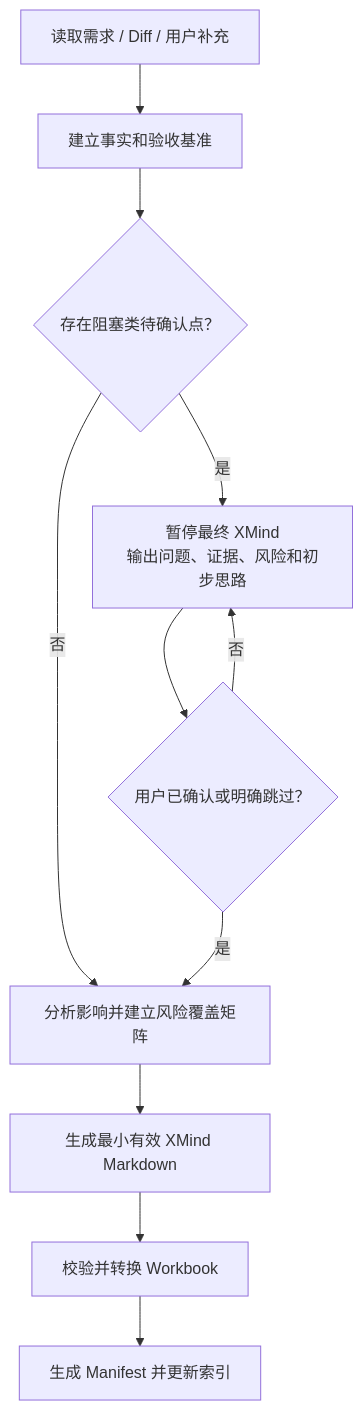
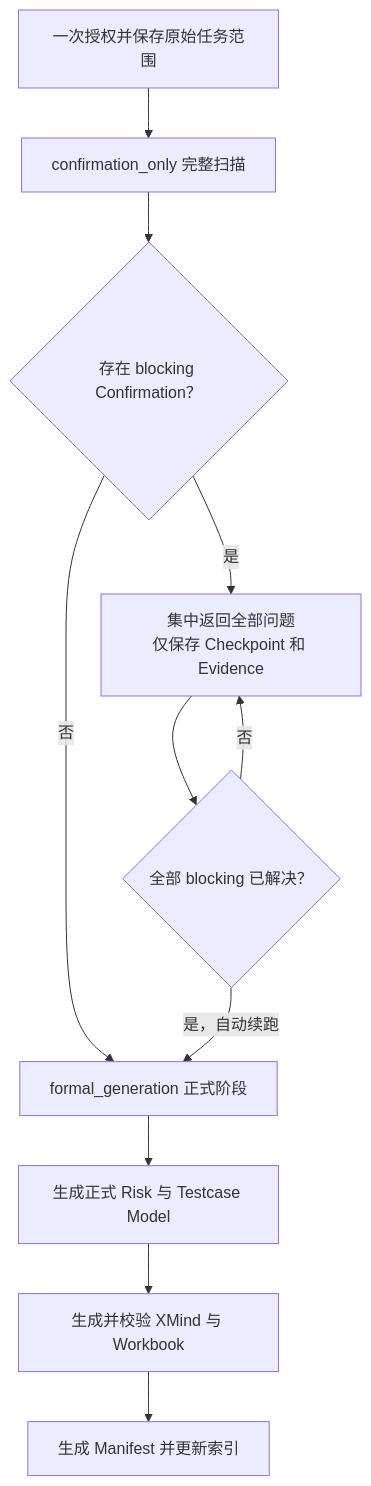
One commit to rainx23/codex-qa-agent-rules changed the second of 2 diagrams in README.md. Above: the diagram before and after it, drawn with Mermaid. The commit also changed other lines of this file and 42 other files, not shown here.

````diff
--- a/README.md
+++ b/README.md
@@ -219,13 +215,13 @@
 ```mermaid
 flowchart TD
-    A["读取需求 / Diff / 用户补充"] --> B["建立事实和验收基准"]
-    B --> C{"存在阻塞类待确认点？"}
-    C -- "是" --> D["暂停最终 XMind<br/>输出问题、证据、风险和初步思路"]
-    C -- "否" --> E["分析影响并建立风险覆盖矩阵"]
-    D --> F{"用户已确认或明确跳过？"}
+    A["一次授权并保存原始任务范围"] --> B["confirmation_only 完整扫描"]
+    B --> C{"存在 blocking Confirmation？"}
+    C -- "是" --> D["集中返回全部问题<br/>仅保存 Checkpoint 和 Evidence"]
+    C -- "否" --> E["formal_generation 正式阶段"]
+    D --> F{"全部 blocking 已解决？"}
     F -- "否" --> D
-    F -- "是" --> E
-    E --> G["生成最小有效 XMind Markdown"]
-    G --> H["校验并转换 Workbook"]
+    F -- "是，自动续跑" --> E
+    E --> G["生成正式 Risk 与 Testcase Model"]
+    G --> H["生成并校验 XMind 与 Workbook"]
     H --> I["生成 Manifest 并更新索引"]
 ```
````
